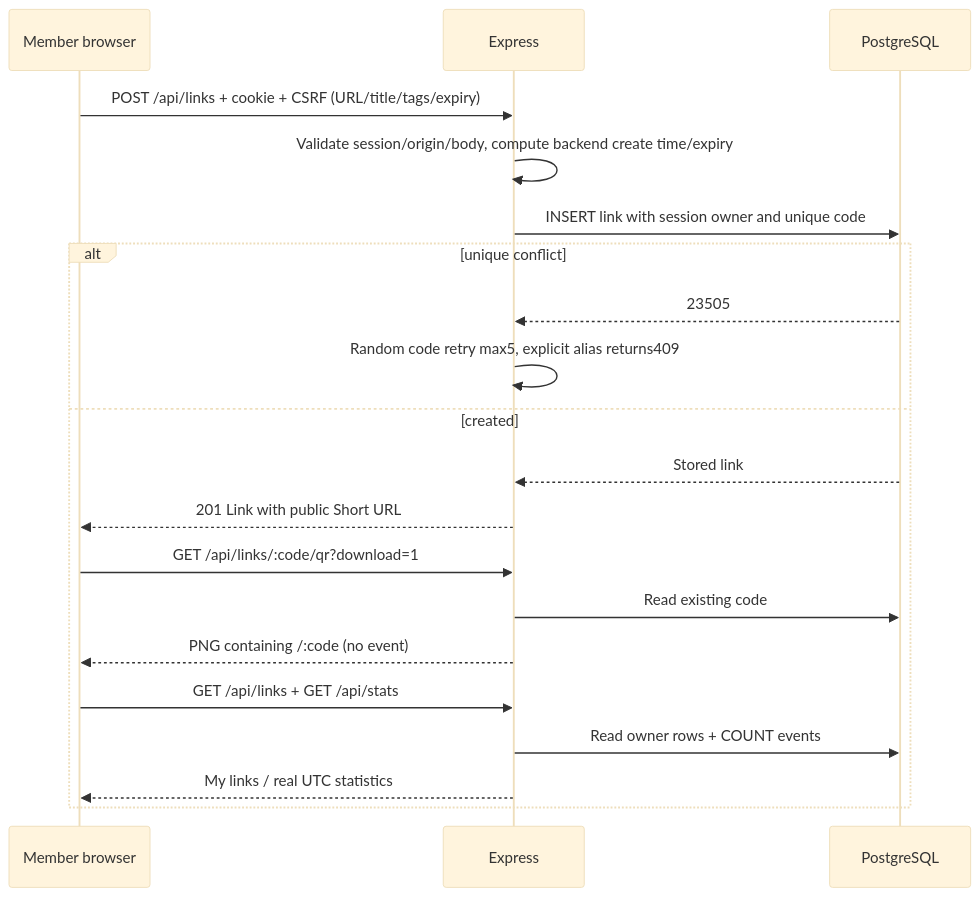
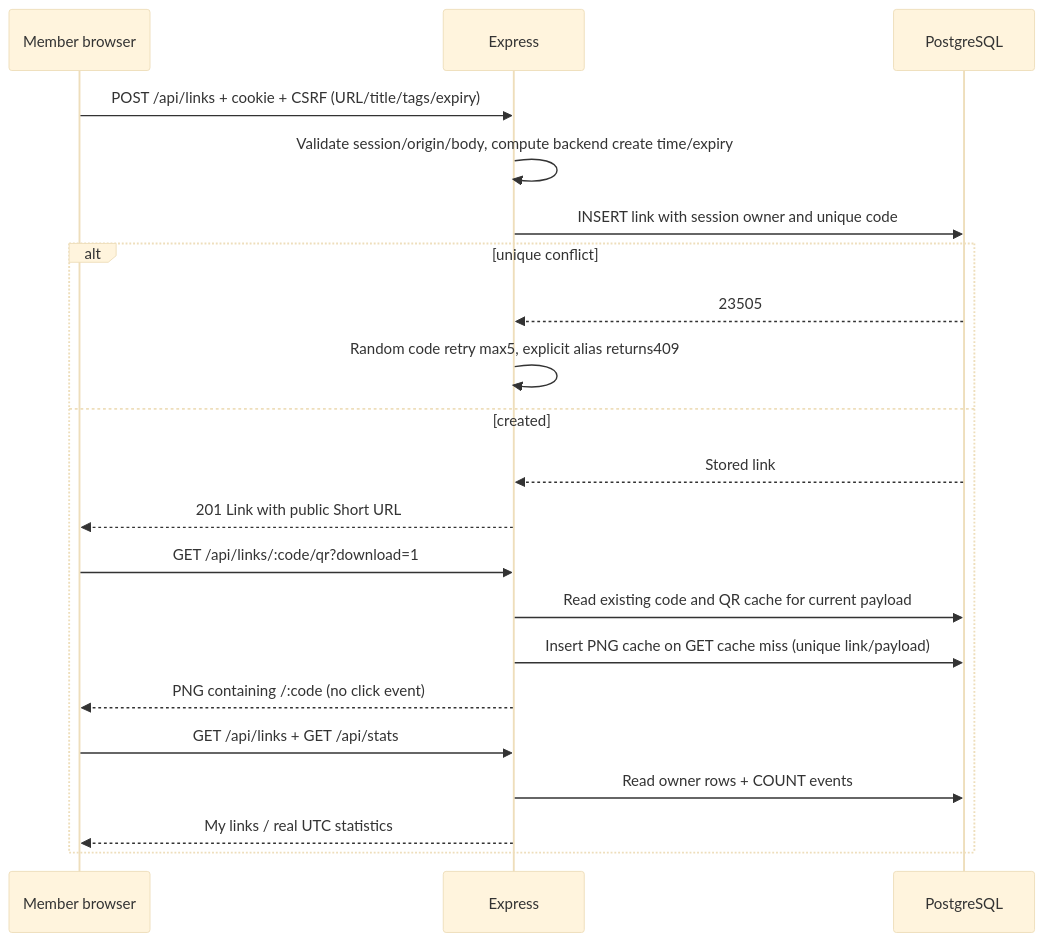
One commit to nicky-wrc/short-url-system changed the diagram in docs/diagrams/create-sequence.mmd. Above: the diagram before and after it, drawn with Mermaid (base theme). The commit also changed 32 other files, not shown here.

```diff
--- a/docs/diagrams/create-sequence.mmd
+++ b/docs/diagrams/create-sequence.mmd
@@ -1,20 +1,21 @@
 sequenceDiagram
   participant B as Member browser
   participant A as Express
   participant D as PostgreSQL
   B->>A: POST /api/links + cookie + CSRF (URL/title/tags/expiry)
   A->>A: Validate session/origin/body, compute backend create time/expiry
   A->>D: INSERT link with session owner and unique code
   alt unique conflict
     D-->>A: 23505
     A->>A: Random code retry max5, explicit alias returns409
   else created
     D-->>A: Stored link
     A-->>B: 201 Link with public Short URL
     B->>A: GET /api/links/:code/qr?download=1
-    A->>D: Read existing code
-    A-->>B: PNG containing /:code (no event)
+    A->>D: Read existing code and QR cache for current payload
+    A->>D: Insert PNG cache on GET cache miss (unique link/payload)
+    A-->>B: PNG containing /:code (no click event)
     B->>A: GET /api/links + GET /api/stats
     A->>D: Read owner rows + COUNT events
     A-->>B: My links / real UTC statistics
   end
```
